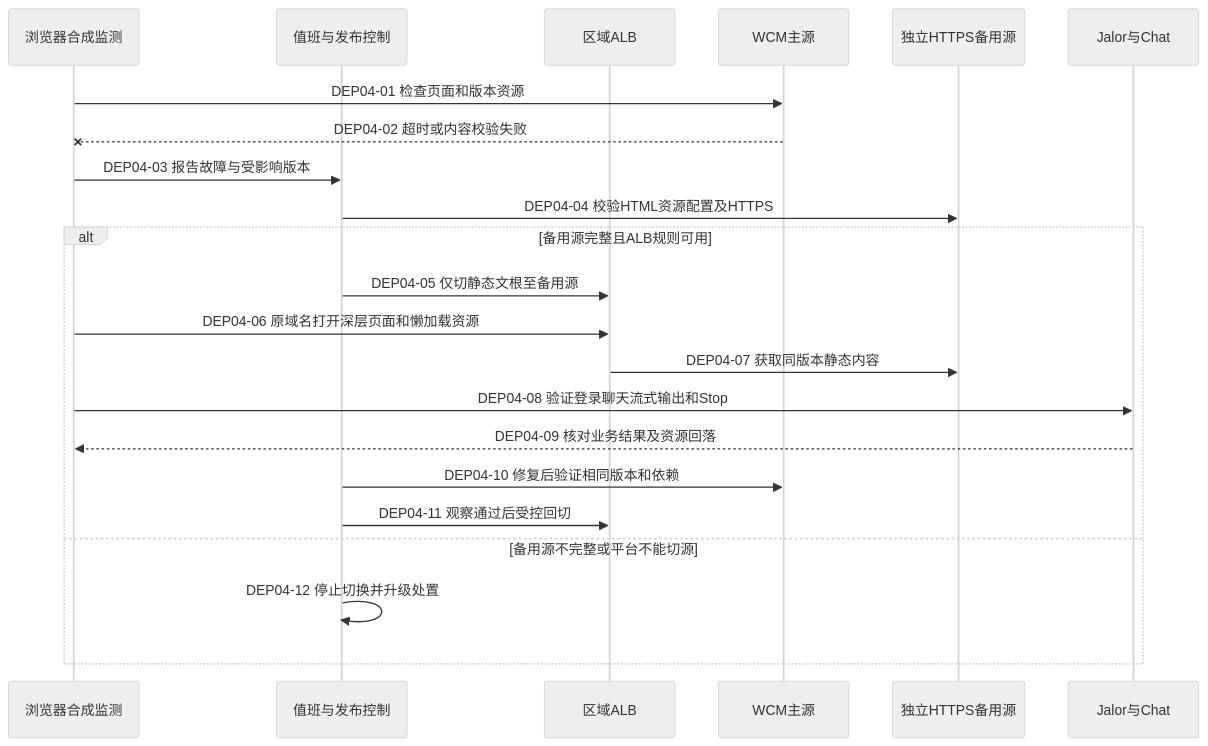
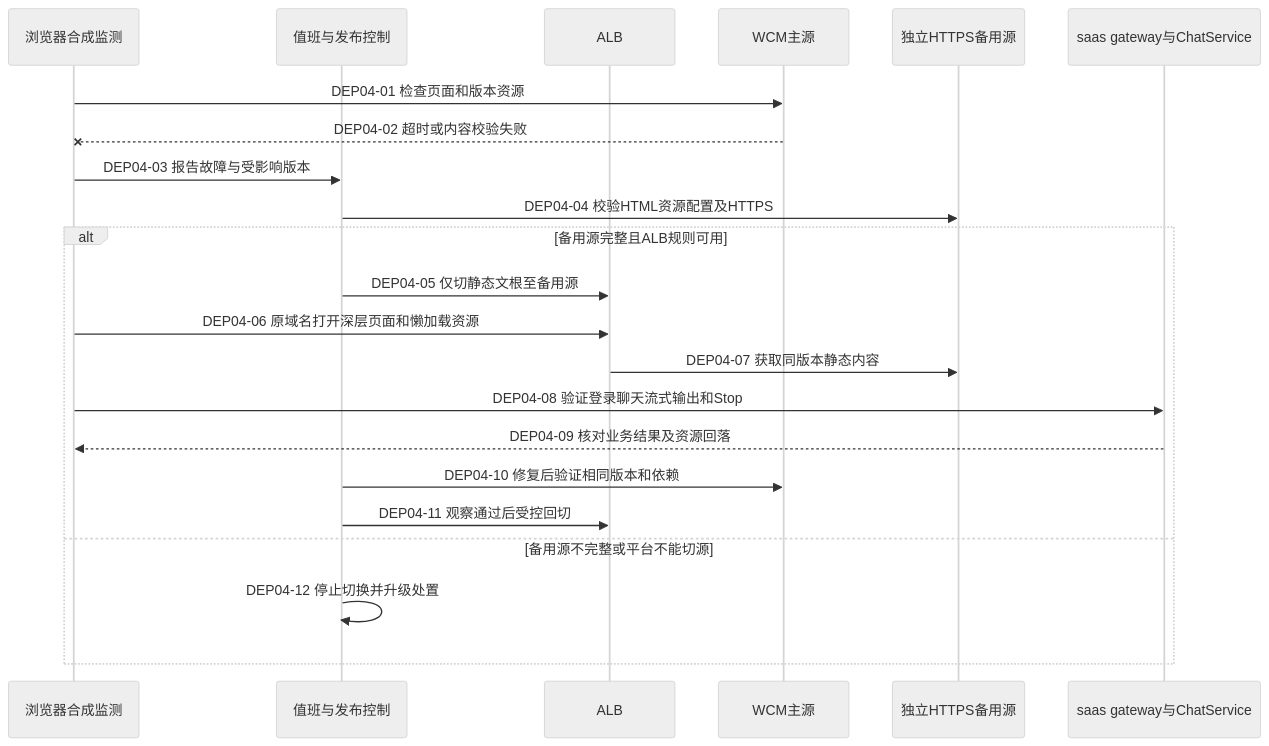
The fifth of 7 diagrams in docs/architecture/high-availability/deployment.md (kunben-duck/exweb), drawn with Mermaid (neutral theme) before and after one commit. The commit also changed other lines of this file and 8 other files, not shown here.

````diff
--- a/docs/architecture/high-availability/deployment.md
+++ b/docs/architecture/high-availability/deployment.md
@@ -273,24 +278,24 @@
 ```mermaid
 sequenceDiagram
     participant OBS as 浏览器合成监测
     participant OPS as 值班与发布控制
-    participant ALB as 区域ALB
+    participant ALB as ALB
     participant WCM as WCM主源
     participant BACKUP as 独立HTTPS备用源
-    participant API as Jalor与Chat
+    participant API as saas gateway与ChatService
     OBS->>WCM: DEP04-01 检查页面和版本资源
     WCM--xOBS: DEP04-02 超时或内容校验失败
     OBS->>OPS: DEP04-03 报告故障与受影响版本
     OPS->>BACKUP: DEP04-04 校验HTML资源配置及HTTPS
     alt 备用源完整且ALB规则可用
         OPS->>ALB: DEP04-05 仅切静态文根至备用源
         OBS->>ALB: DEP04-06 原域名打开深层页面和懒加载资源
         ALB->>BACKUP: DEP04-07 获取同版本静态内容
         OBS->>API: DEP04-08 验证登录聊天流式输出和Stop
         API-->>OBS: DEP04-09 核对业务结果及资源回落
         OPS->>WCM: DEP04-10 修复后验证相同版本和依赖
         OPS->>ALB: DEP04-11 观察通过后受控回切
     else 备用源不完整或平台不能切源
         OPS->>OPS: DEP04-12 停止切换并升级处置
     end
 ```
````
